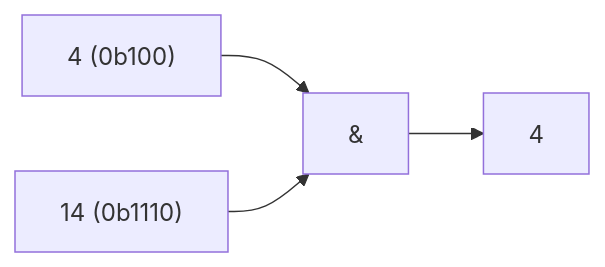
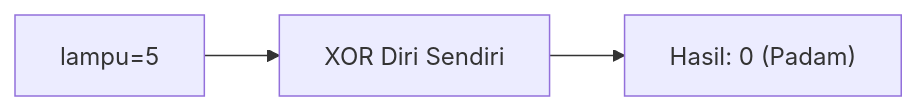
The eighth of 25 diagrams in part-c-pemahaman-cpp/06-bitwise/latihan/set-01.md (amnahwaida/OSNK_INF_PREP), drawn with Mermaid before and after one commit. The commit also changed other lines of this file and 71 other files, not shown here.

````diff
--- a/part-c-pemahaman-cpp/06-bitwise/latihan/set-01.md
+++ b/part-c-pemahaman-cpp/06-bitwise/latihan/set-01.md
@@ -205,6 +213,5 @@
 ```mermaid
 graph LR
-A["4 (0b100)"] --> C["&"]
-B["14 (0b1110)"] --> C
-C --> D["4"]
+A["lampu=5"] --> B["XOR Diri Sendiri"]
+B --> C["Hasil: 0 (Padam)"]
 ```
````
